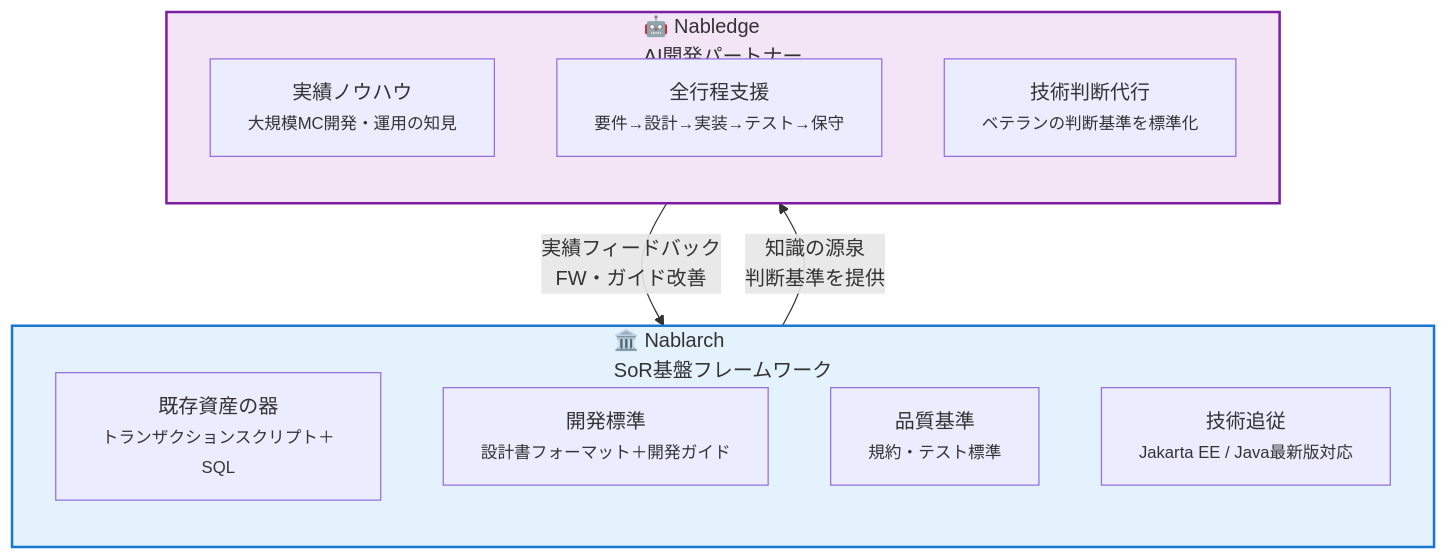
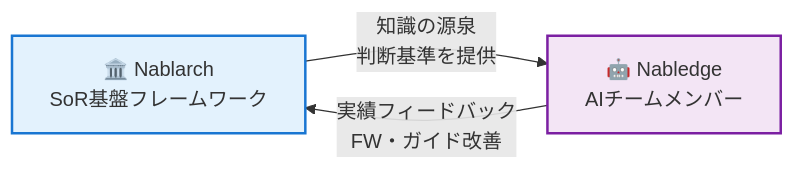
Before and after one commit to nablarch/nabledge-dev: the first of 2 diagrams in doc/tobe/nabledge_press.md, drawn with Mermaid. The commit also changed other lines of this file, not shown here.

Commit message:
Simplify Nablarch-Nabledge diagram, move details to bullet points

````diff
--- a/doc/tobe/nabledge_press.md
+++ b/doc/tobe/nabledge_press.md
@@ -42,23 +42,11 @@
 ```mermaid
-graph TB
-    subgraph Nablarch["🏛️ Nablarch<br/>SoR基盤フレームワーク"]
-        direction TB
-        N1["既存資産の器<br/><small>トランザクションスクリプト＋SQL</small>"]
-        N2["開発標準<br/><small>設計書フォーマット＋開発ガイド</small>"]
-        N3["品質基準<br/><small>規約・テスト標準</small>"]
-        N4["技術追従<br/><small>Jakarta EE / Java最新版対応</small>"]
-    end
-
-    subgraph Nabledge["🤖 Nabledge<br/>AI開発パートナー"]
-        direction TB
-        D1["実績ノウハウ<br/><small>大規模MC開発・運用の知見</small>"]
-        D2["全行程支援<br/><small>要件→設計→実装→テスト→保守</small>"]
-        D3["技術判断代行<br/><small>ベテランの判断基準を標準化</small>"]
-    end
+graph LR
+    Nablarch["🏛️ Nablarch<br/>SoR基盤フレームワーク"]
+    Nabledge["🤖 Nabledge<br/>AIチームメンバー"]
 
     Nablarch -->|"知識の源泉<br/>判断基準を提供"| Nabledge
     Nabledge -->|"実績フィードバック<br/>FW・ガイド改善"| Nablarch
 
     style Nablarch fill:#e3f2fd,stroke:#1976d2,stroke-width:2px
     style Nabledge fill:#f3e5f5,stroke:#7b1fa2,stroke-width:2px
 ```
````
